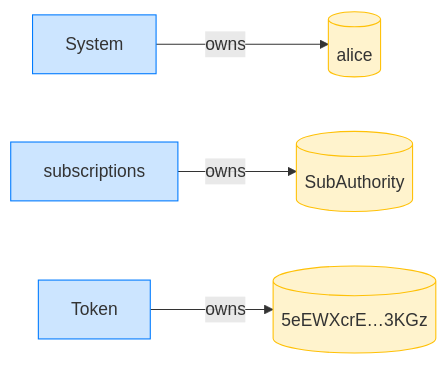
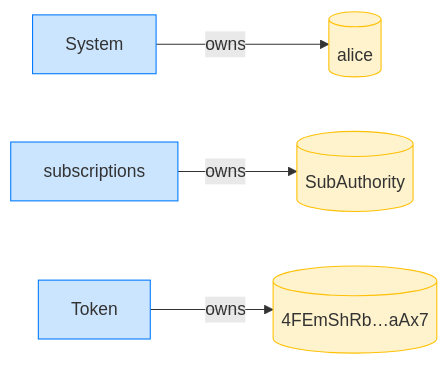
Before and after one commit to cds-rs/subscriptions: the fourth of 8 diagrams in dsl_tests/subscribe-rejects-an-expired-plan.md, drawn with Mermaid. The commit also changed other lines of this file and 224 other files, not shown here.

````diff
--- a/dsl_tests/subscribe-rejects-an-expired-plan.md
+++ b/dsl_tests/subscribe-rejects-an-expired-plan.md
@@ -73,14 +78,14 @@
 ```mermaid
 flowchart LR
     classDef owner fill:#cce5ff,stroke:#007bff;
     classDef account fill:#fff3cd,stroke:#ffc107;
     System[System]:::owner
     alice[(alice)]:::account
     subscriptions[subscriptions]:::owner
     SubAuthority[(SubAuthority)]:::account
     Token[Token]:::owner
-    5eEWXcrE_3KGz[("5eEWXcrE…3KGz")]:::account
+    4FEmShRb_aAx7[("4FEmShRb…aAx7")]:::account
     System -->|owns| alice
     subscriptions -->|owns| SubAuthority
-    Token -->|owns| 5eEWXcrE_3KGz
+    Token -->|owns| 4FEmShRb_aAx7
 ```
````
